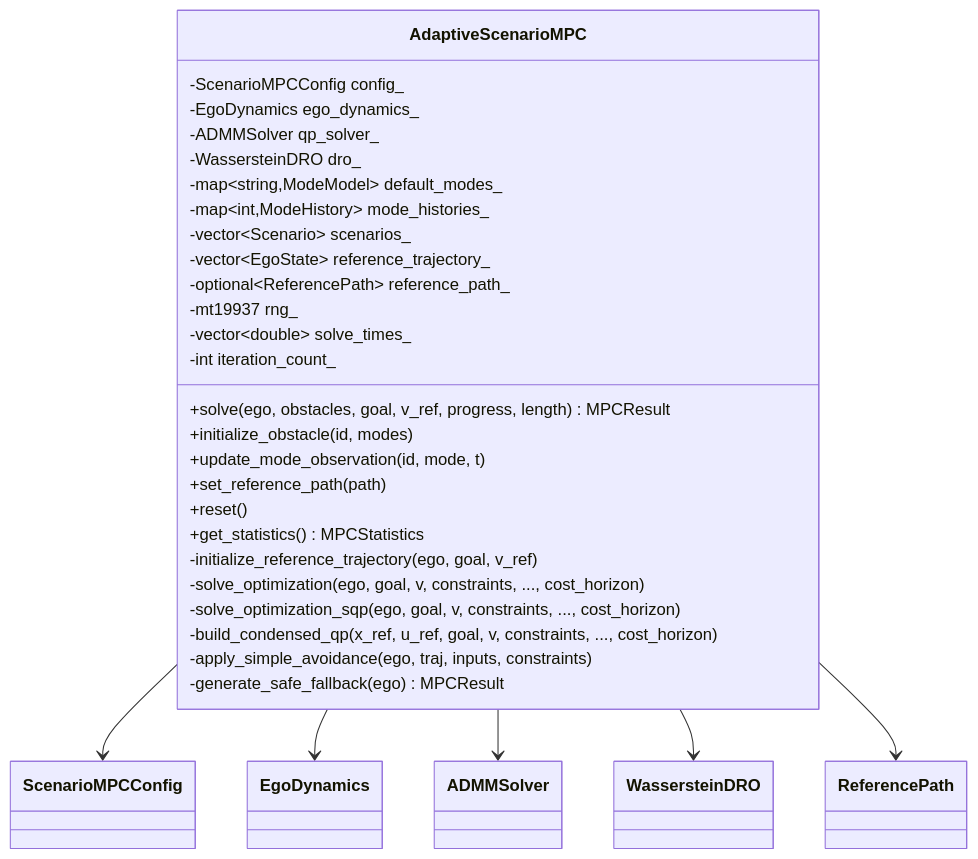
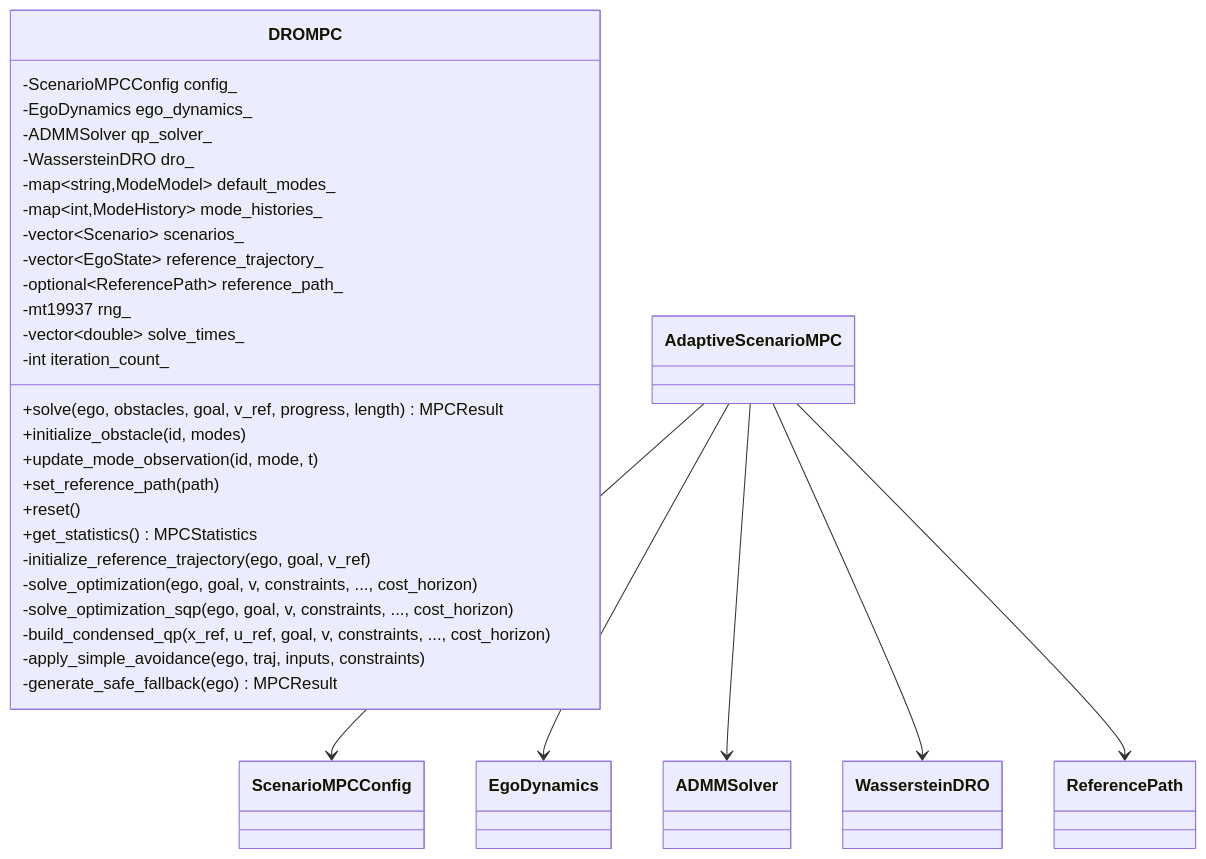
One commit to stephen-crawford/DRO_SHMPCC changed diagram 15 of 20 in docs/OT_SHMPCC_REFERENCE.md. Above: the diagram before and after it, drawn with Mermaid. The commit also changed 61 other files, not shown here.

````diff
--- a/docs/OT_SHMPCC_REFERENCE.md
+++ b/docs/OT_SHMPCC_REFERENCE.md
@@ -1188,35 +1188,35 @@
 ```mermaid
 classDiagram
-    class AdaptiveScenarioMPC {
+    class DROMPC {
         -ScenarioMPCConfig config_
         -EgoDynamics ego_dynamics_
         -ADMMSolver qp_solver_
         -WassersteinDRO dro_
         -map~string,ModeModel~ default_modes_
         -map~int,ModeHistory~ mode_histories_
         -vector~Scenario~ scenarios_
         -vector~EgoState~ reference_trajectory_
         -optional~ReferencePath~ reference_path_
         -mt19937 rng_
         -vector~double~ solve_times_
         -int iteration_count_
         +solve(ego, obstacles, goal, v_ref, progress, length) MPCResult
         +initialize_obstacle(id, modes)
         +update_mode_observation(id, mode, t)
         +set_reference_path(path)
         +reset()
         +get_statistics() MPCStatistics
         -initialize_reference_trajectory(ego, goal, v_ref)
         -solve_optimization(ego, goal, v, constraints, ..., cost_horizon)
         -solve_optimization_sqp(ego, goal, v, constraints, ..., cost_horizon)
         -build_condensed_qp(x_ref, u_ref, goal, v, constraints, ..., cost_horizon)
         -apply_simple_avoidance(ego, traj, inputs, constraints)
         -generate_safe_fallback(ego) MPCResult
     }
 
     AdaptiveScenarioMPC --> ScenarioMPCConfig
     AdaptiveScenarioMPC --> EgoDynamics
     AdaptiveScenarioMPC --> ADMMSolver
     AdaptiveScenarioMPC --> WassersteinDRO
     AdaptiveScenarioMPC --> ReferencePath
 ```
````
